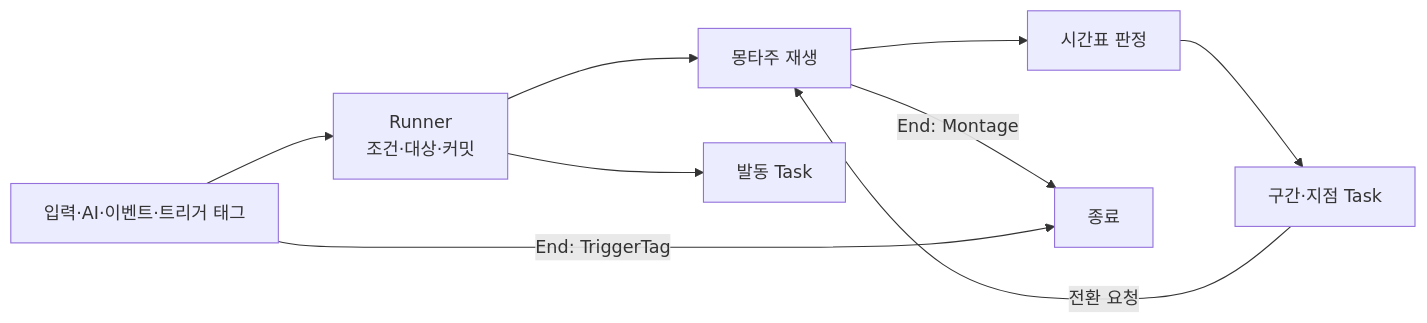
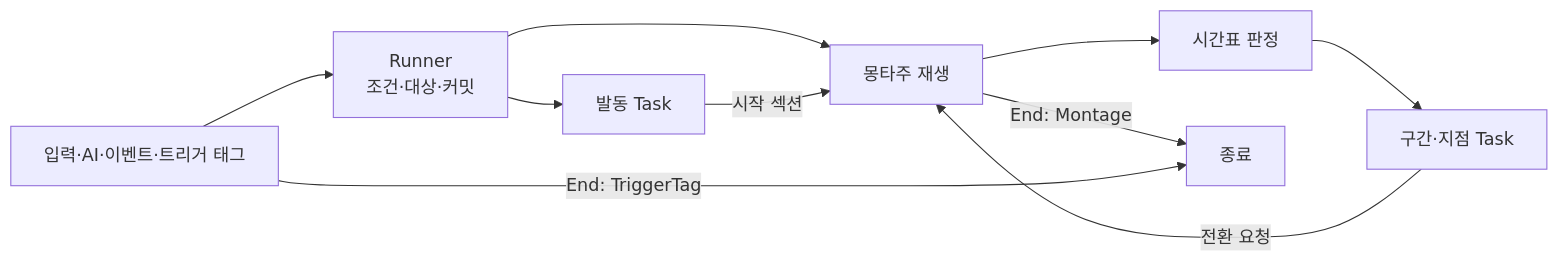
The diagram in Docs/Program/어빌리티와 AbilityTask.md (Woogl/Ag), drawn with Mermaid before and after one commit. The commit also changed other lines of this file and 20 other files, not shown here.

````diff
--- a/Docs/Program/어빌리티와 AbilityTask.md
+++ b/Docs/Program/어빌리티와 AbilityTask.md
@@ -30,11 +33,12 @@
 ```mermaid
 flowchart LR
     I["입력·AI·이벤트·트리거 태그"] --> R["Runner<br>조건·대상·커밋"]
+    R --> A["발동 Task"]
     R --> M["몽타주 재생"]
-    R --> A["발동 Task"]
+    A -->|"시작 섹션"| M
     M --> T["시간표 판정"]
     T --> W["구간·지점 Task"]
     W -->|"전환 요청"| M
     M -->|"End: Montage"| E["종료"]
     I -->|"End: TriggerTag"| E
 ```
````
